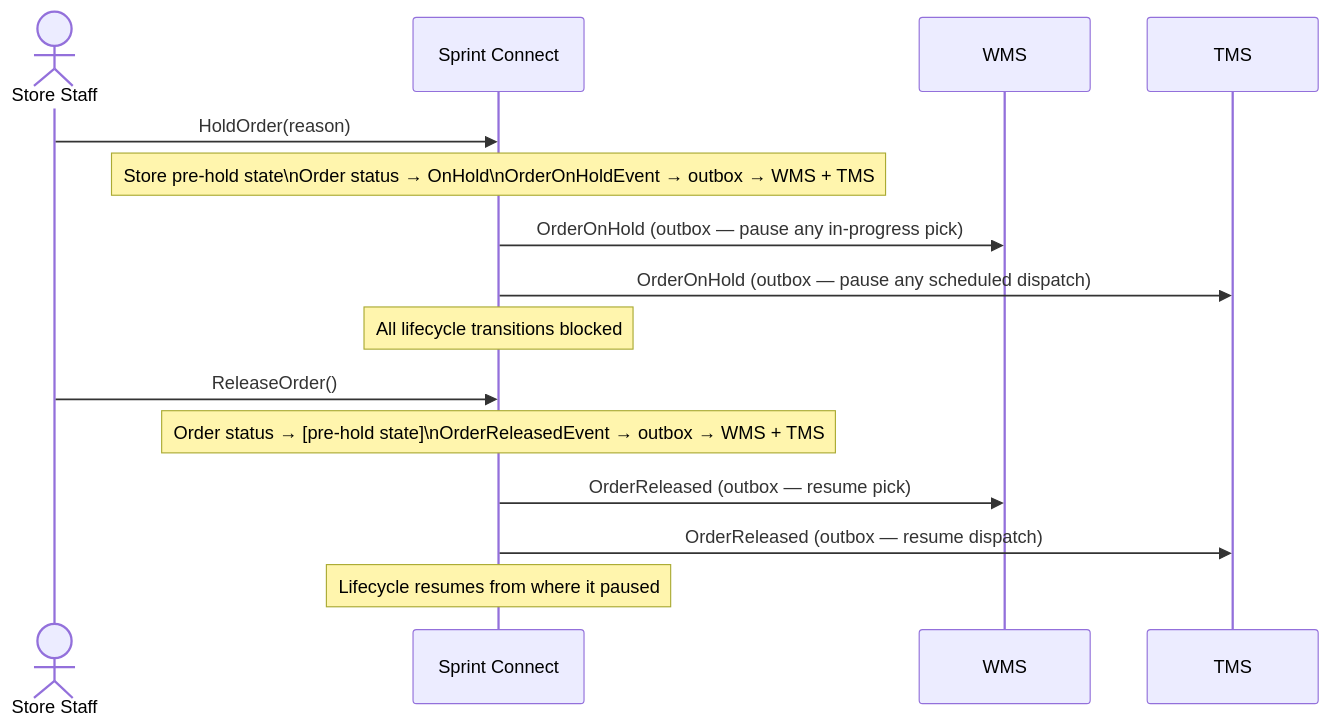
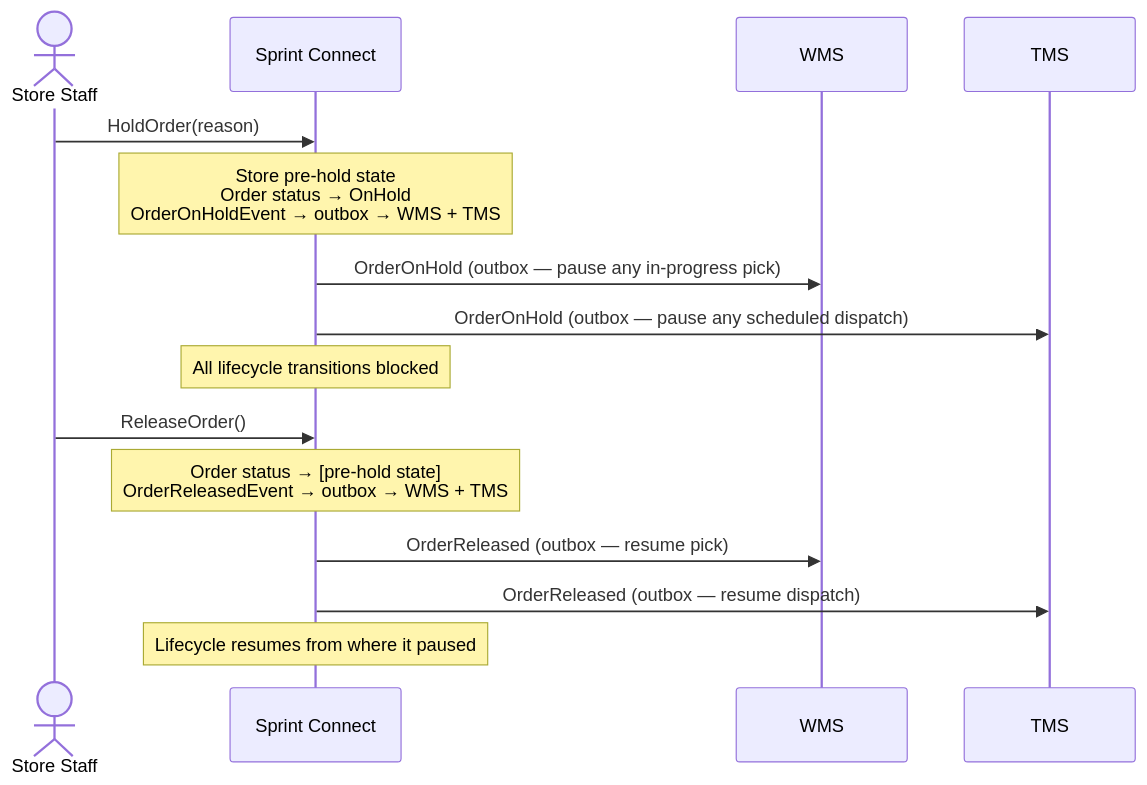
One commit to rosered11/personal-claude changed diagram 15 of 24 in result/oms-sequence-diagrams.md. Above: the diagram before and after it, drawn with Mermaid. The commit also changed other lines of this file and 7 other files, not shown here.

````diff
--- a/result/oms-sequence-diagrams.md
+++ b/result/oms-sequence-diagrams.md
@@ -539,21 +539,21 @@
 ```mermaid
 sequenceDiagram
     actor SS as Store Staff
     participant SC as Sprint Connect
 
     SS->>SC: HoldOrder(reason)
-    Note over SC: Store pre-hold state\nOrder status → OnHold\nOrderOnHoldEvent → outbox → WMS + TMS
+    Note over SC: Store pre-hold state<br>Order status → OnHold<br>OrderOnHoldEvent → outbox → WMS + TMS
 
     SC->>WMS: OrderOnHold (outbox — pause any in-progress pick)
     SC->>TMS: OrderOnHold (outbox — pause any scheduled dispatch)
 
     Note over SC: All lifecycle transitions blocked
 
     SS->>SC: ReleaseOrder()
-    Note over SC: Order status → [pre-hold state]\nOrderReleasedEvent → outbox → WMS + TMS
+    Note over SC: Order status → [pre-hold state]<br>OrderReleasedEvent → outbox → WMS + TMS
 
     SC->>WMS: OrderReleased (outbox — resume pick)
     SC->>TMS: OrderReleased (outbox — resume dispatch)
 
     Note over SC: Lifecycle resumes from where it paused
 ```
````
